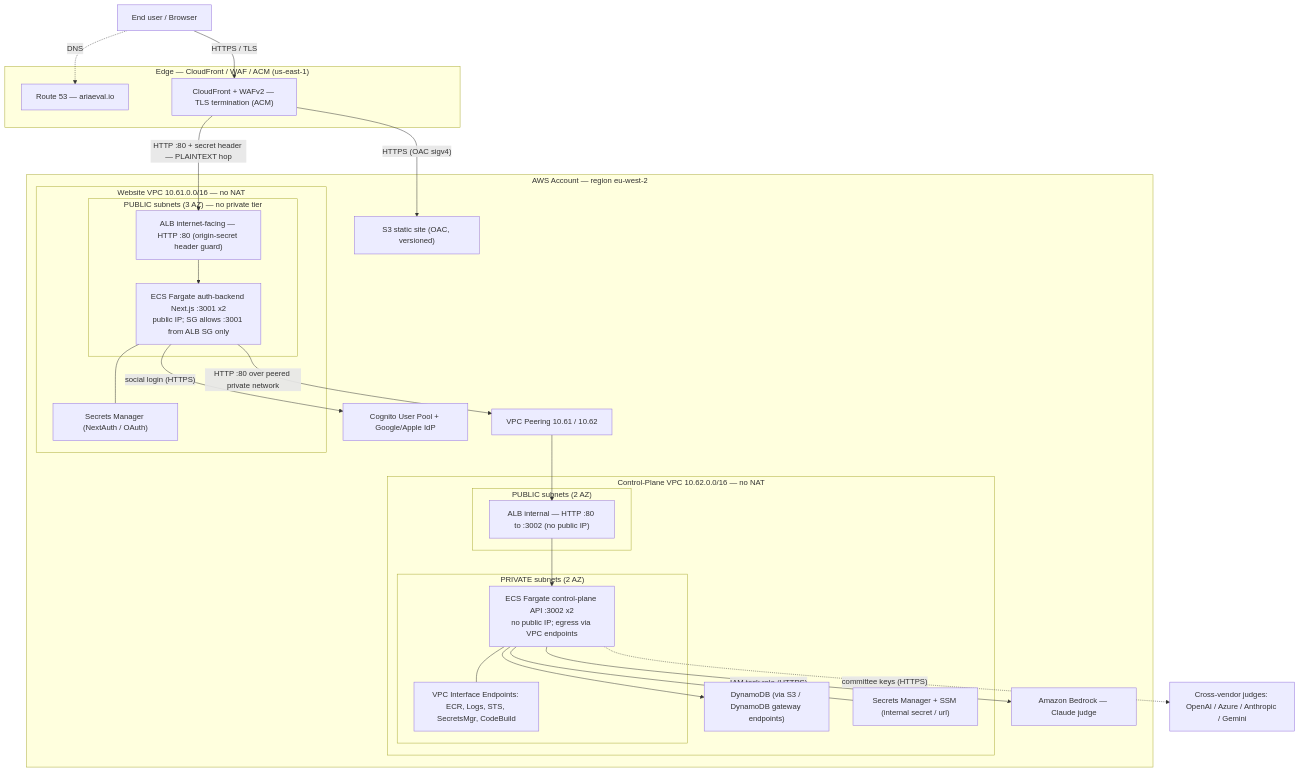
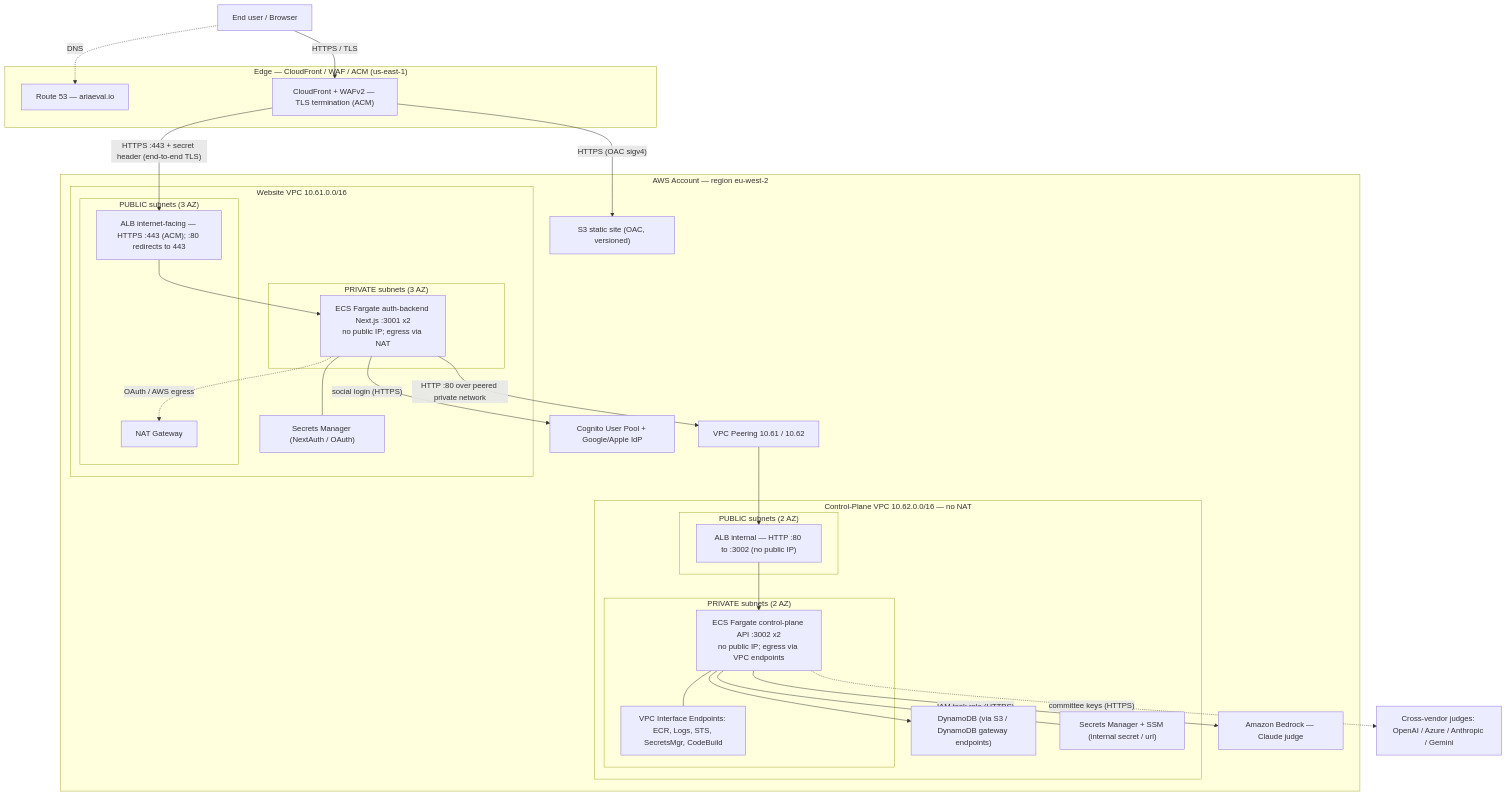
The first of 3 diagrams in docs/ARCHITECTURE.md (alokkulkarni/aria-evaluator-ts), drawn with Mermaid before and after one commit. The commit also changed other lines of this file and 5 other files, not shown here.

First line of the commit message:
feat(infra): end-to-end TLS on website auth ALB + ECS into private subnets

````diff
--- a/docs/ARCHITECTURE.md
+++ b/docs/ARCHITECTURE.md
@@ -86,55 +86,59 @@
 ```mermaid
 flowchart TB
   user["End user / Browser"]
 
   subgraph edge["Edge — CloudFront / WAF / ACM (us-east-1)"]
     r53["Route 53 — ariaeval.io"]
     cf["CloudFront + WAFv2 — TLS termination (ACM)"]
   end
 
   subgraph region["AWS Account — region eu-west-2"]
     s3static["S3 static site (OAC, versioned)"]
     cognito["Cognito User Pool + Google/Apple IdP"]
     bedrock["Amazon Bedrock — Claude judge"]
 
-    subgraph webvpc["Website VPC 10.61.0.0/16 — no NAT"]
-      subgraph wpub["PUBLIC subnets (3 AZ) — no private tier"]
-        walb["ALB internet-facing — HTTP :80 (origin-secret header guard)"]
-        wsvc["ECS Fargate auth-backend Next.js :3001 x2<br/>public IP; SG allows :3001 from ALB SG only"]
+    subgraph webvpc["Website VPC 10.61.0.0/16"]
+      subgraph wpub["PUBLIC subnets (3 AZ)"]
+        walb["ALB internet-facing — HTTPS :443 (ACM); :80 redirects to 443"]
+        wnat["NAT Gateway"]
+      end
+      subgraph wpriv["PRIVATE subnets (3 AZ)"]
+        wsvc["ECS Fargate auth-backend Next.js :3001 x2<br/>no public IP; egress via NAT"]
       end
       wsec["Secrets Manager (NextAuth / OAuth)"]
     end
 
     subgraph cpvpc["Control-Plane VPC 10.62.0.0/16 — no NAT"]
       subgraph cpub["PUBLIC subnets (2 AZ)"]
         calb["ALB internal — HTTP :80 to :3002 (no public IP)"]
       end
       subgraph cpriv["PRIVATE subnets (2 AZ)"]
         csvc["ECS Fargate control-plane API :3002 x2<br/>no public IP; egress via VPC endpoints"]
         vpce["VPC Interface Endpoints: ECR, Logs, STS, SecretsMgr, CodeBuild"]
       end
       ddb["DynamoDB (via S3 / DynamoDB gateway endpoints)"]
       cpsec["Secrets Manager + SSM (internal secret / url)"]
     end
 
     peer["VPC Peering 10.61 / 10.62"]
   end
 
   extprov["Cross-vendor judges: OpenAI / Azure / Anthropic / Gemini"]
 
   user -->|"HTTPS / TLS"| cf
   user -.->|"DNS"| r53
   cf -->|"HTTPS (OAC sigv4)"| s3static
-  cf -->|"HTTP :80 + secret header — PLAINTEXT hop"| walb
+  cf -->|"HTTPS :443 + secret header (end-to-end TLS)"| walb
   walb --> wsvc
+  wsvc -.->|"OAuth / AWS egress"| wnat
   wsvc -->|"social login (HTTPS)"| cognito
   wsvc -->|"HTTP :80 over peered private network"| peer
   peer --> calb
   calb --> csvc
   csvc --> ddb
   csvc -->|"IAM task role (HTTPS)"| bedrock
   csvc -.->|"committee keys (HTTPS)"| extprov
   csvc --- vpce
   wsvc --- wsec
   csvc --- cpsec
 ```
````
